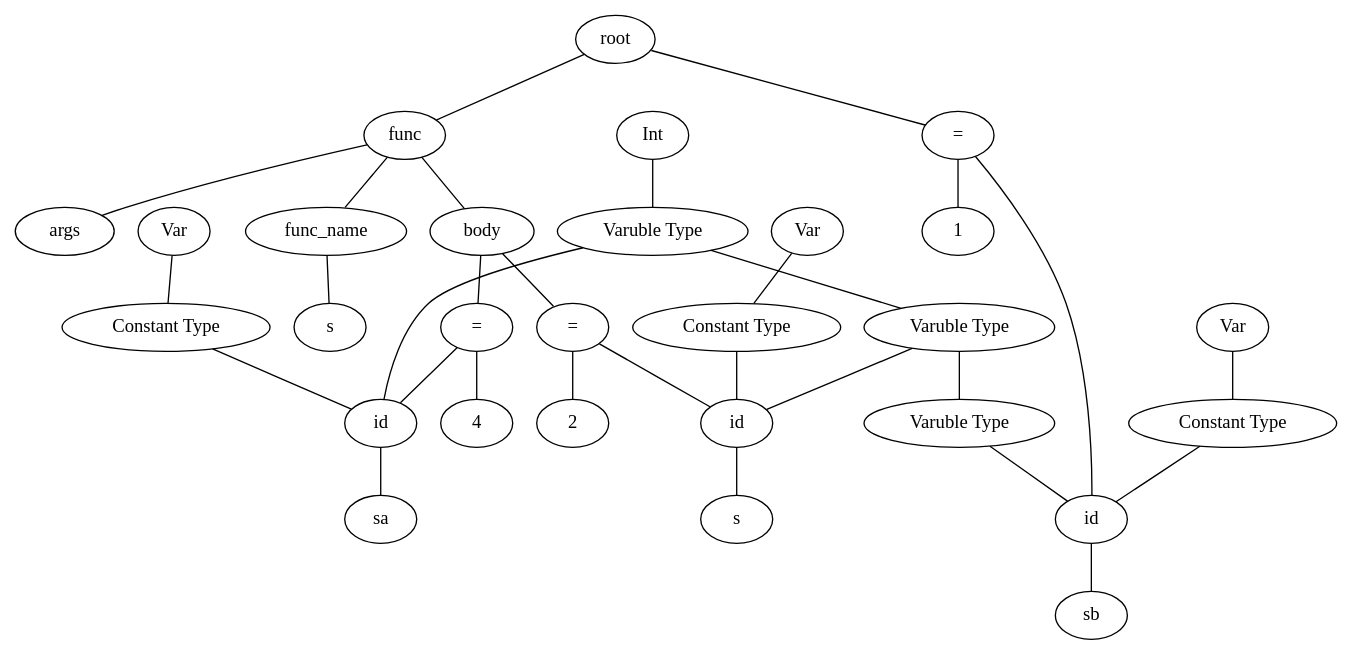
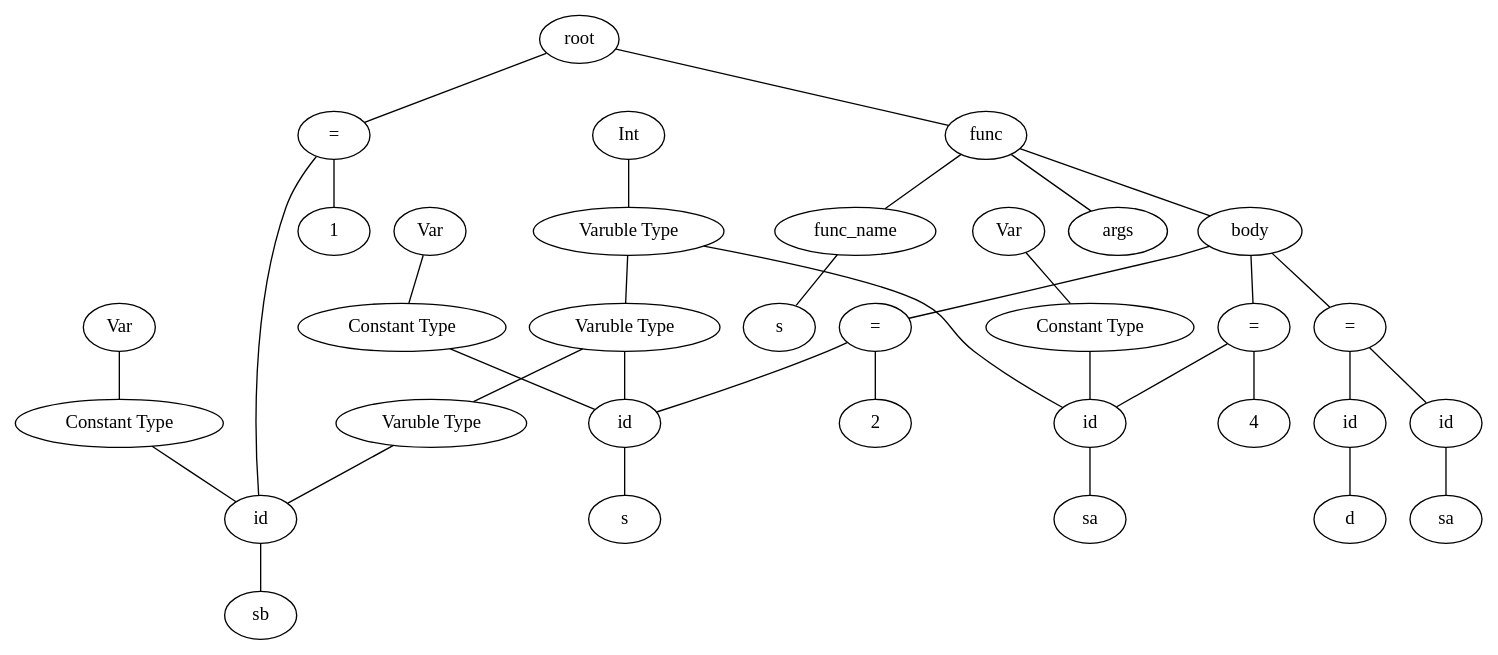
The diagram in build/file.dot (TAIIOK/SwiftCompilerToJavaByteCode), drawn with Graphviz before and after one commit. The commit also changed 6 other files, not shown here.

```diff
--- a/build/file.dot
+++ b/build/file.dot
@@ -1,61 +1,71 @@
 graph graphname {
 root;
 assign0[label = "="];
 root--assign0;
 expr0[label = "id"];
 assign0--expr0;
 type0[label = "Varuble Type"];
 type0--expr0;
 type1[label = "Int"];
 type1--type0;
 consttype0[label = "Constant Type"];
 consttype0--expr0;
 consttype1[label = "Var"];
 consttype1--consttype0;
 expr1[label = "sb"];
 expr0--expr1;
 expr2[label = "1"];
 assign0--expr2;
 func0[label = "func"];
 root--func0;
 func0name[label = "func_name"];
 expr3[label = "s"];
 func0name--expr3;
 func0--func0name;
 func0args[label = " args "];
 func0 -- func0args;
 func0body[label = " body "];
 func0 -- func0body;
 assign1[label = "="];
 func0body--assign1;
 expr4[label = "id"];
 assign1--expr4;
 type1[label = "Varuble Type"];
 type1--expr4;
 type2[label = "Int"];
 type2--type1;
 consttype2[label = "Constant Type"];
 consttype2--expr4;
 consttype3[label = "Var"];
 consttype3--consttype2;
 expr5[label = "s"];
 expr4--expr5;
 expr6[label = "2"];
 assign1--expr6;
 assign2[label = "="];
 func0body--assign2;
 expr7[label = "id"];
 assign2--expr7;
 type2[label = "Varuble Type"];
 type2--expr7;
 type3[label = "Int"];
 type3--type2;
 consttype4[label = "Constant Type"];
 consttype4--expr7;
 consttype5[label = "Var"];
 consttype5--consttype4;
 expr8[label = "sa"];
 expr7--expr8;
 expr9[label = "4"];
 assign2--expr9;
+assign3[label = "="];
+func0body--assign3;
+expr10[label = "id"];
+assign3--expr10;
+expr11[label = "sa"];
+expr10--expr11;
+expr12[label = "id"];
+assign3--expr12;
+expr13[label = "d"];
+expr12--expr13;
 }
```
